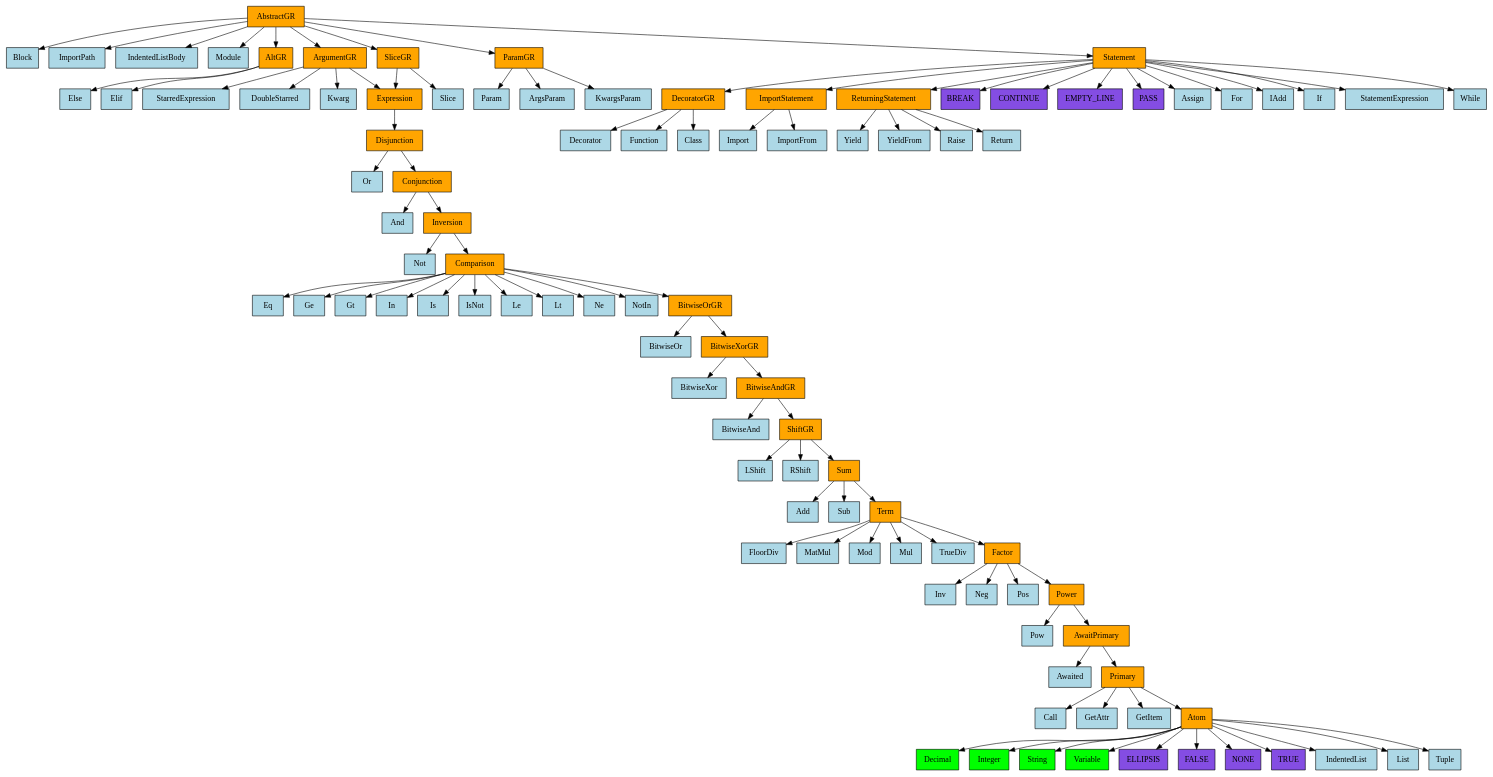
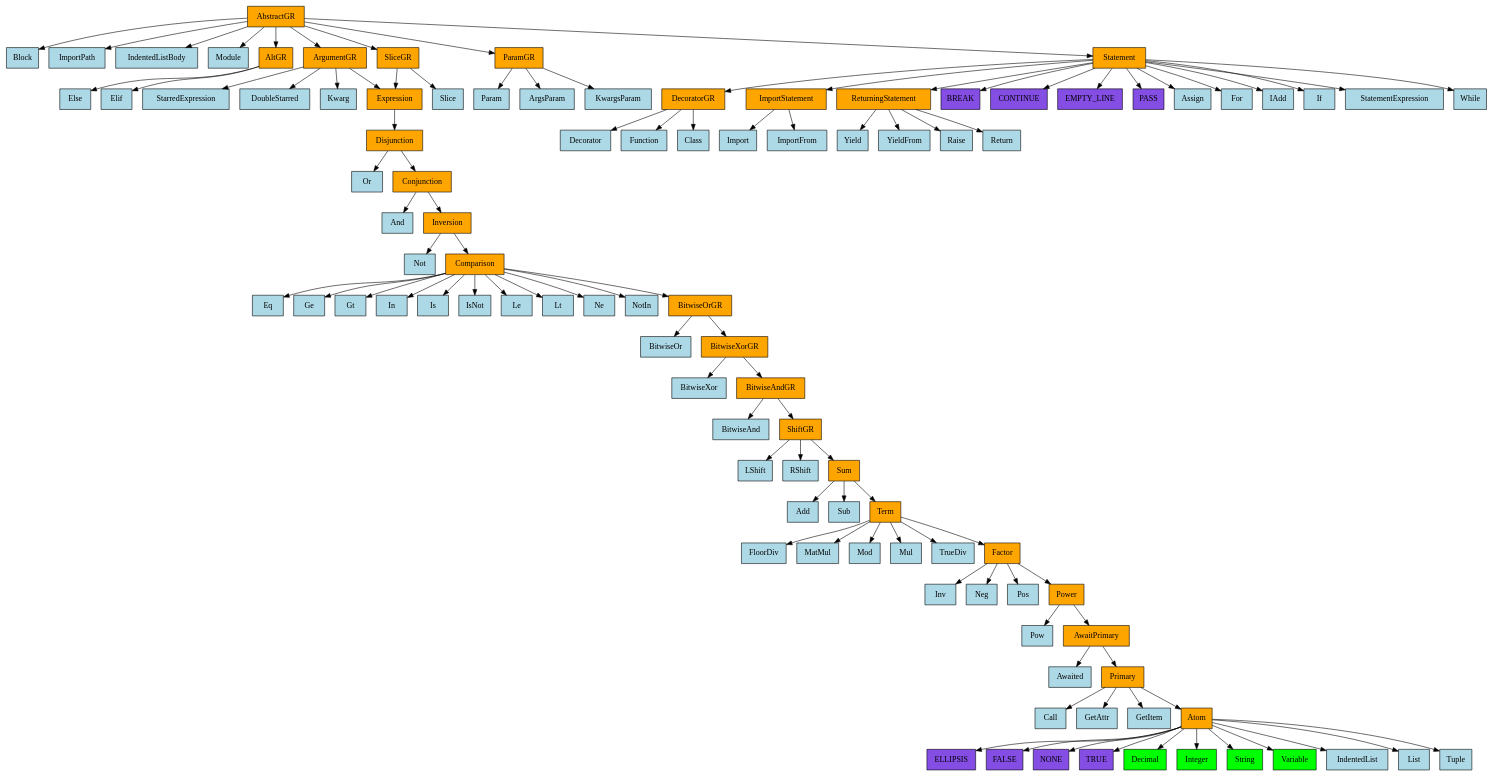
One commit to GabrielAmare/Language changed the diagram in language/base/python/v3_10_0/mro_graph.gv. Above: the diagram before and after it, drawn with Graphviz. The commit also changed 9 other files, not shown here.

```diff
--- a/language/base/python/v3_10_0/mro_graph.gv
+++ b/language/base/python/v3_10_0/mro_graph.gv
@@ -1,204 +1,204 @@
 digraph {
-	0 [label=AbstractGR fillcolor=orange shape=rect style=filled]
-	1 [label=Block fillcolor=lightblue shape=rect style=filled]
-	2 [label=ImportPath fillcolor=lightblue shape=rect style=filled]
-	3 [label=IndentedListBody fillcolor=lightblue shape=rect style=filled]
-	4 [label=Module fillcolor=lightblue shape=rect style=filled]
-	5 [label=AltGR fillcolor=orange shape=rect style=filled]
-	6 [label=ArgumentGR fillcolor=orange shape=rect style=filled]
-	7 [label=ParamGR fillcolor=orange shape=rect style=filled]
-	8 [label=SliceGR fillcolor=orange shape=rect style=filled]
-	9 [label=Statement fillcolor=orange shape=rect style=filled]
-	10 [label=BREAK fillcolor="#844de3" shape=rect style=filled]
-	11 [label=CONTINUE fillcolor="#844de3" shape=rect style=filled]
-	12 [label=EMPTY_LINE fillcolor="#844de3" shape=rect style=filled]
-	13 [label=PASS fillcolor="#844de3" shape=rect style=filled]
-	14 [label=ArgsParam fillcolor=lightblue shape=rect style=filled]
-	15 [label=Assign fillcolor=lightblue shape=rect style=filled]
-	16 [label=DoubleStarred fillcolor=lightblue shape=rect style=filled]
-	17 [label=Elif fillcolor=lightblue shape=rect style=filled]
-	18 [label=Else fillcolor=lightblue shape=rect style=filled]
-	19 [label=For fillcolor=lightblue shape=rect style=filled]
-	20 [label=IAdd fillcolor=lightblue shape=rect style=filled]
-	21 [label=If fillcolor=lightblue shape=rect style=filled]
-	22 [label=Kwarg fillcolor=lightblue shape=rect style=filled]
-	23 [label=KwargsParam fillcolor=lightblue shape=rect style=filled]
-	24 [label=Param fillcolor=lightblue shape=rect style=filled]
-	25 [label=Slice fillcolor=lightblue shape=rect style=filled]
-	26 [label=StarredExpression fillcolor=lightblue shape=rect style=filled]
-	27 [label=StatementExpression fillcolor=lightblue shape=rect style=filled]
-	28 [label=While fillcolor=lightblue shape=rect style=filled]
-	29 [label=DecoratorGR fillcolor=orange shape=rect style=filled]
-	30 [label=Expression fillcolor=orange shape=rect style=filled]
-	31 [label=ImportStatement fillcolor=orange shape=rect style=filled]
-	32 [label=ReturningStatement fillcolor=orange shape=rect style=filled]
-	33 [label=Class fillcolor=lightblue shape=rect style=filled]
-	34 [label=Decorator fillcolor=lightblue shape=rect style=filled]
-	35 [label=Function fillcolor=lightblue shape=rect style=filled]
-	36 [label=Import fillcolor=lightblue shape=rect style=filled]
-	37 [label=ImportFrom fillcolor=lightblue shape=rect style=filled]
-	38 [label=Raise fillcolor=lightblue shape=rect style=filled]
-	39 [label=Return fillcolor=lightblue shape=rect style=filled]
-	40 [label=Yield fillcolor=lightblue shape=rect style=filled]
-	41 [label=YieldFrom fillcolor=lightblue shape=rect style=filled]
-	42 [label=Disjunction fillcolor=orange shape=rect style=filled]
-	43 [label=Or fillcolor=lightblue shape=rect style=filled]
-	44 [label=Conjunction fillcolor=orange shape=rect style=filled]
-	45 [label=And fillcolor=lightblue shape=rect style=filled]
-	46 [label=Inversion fillcolor=orange shape=rect style=filled]
-	47 [label=Not fillcolor=lightblue shape=rect style=filled]
-	48 [label=Comparison fillcolor=orange shape=rect style=filled]
-	49 [label=Eq fillcolor=lightblue shape=rect style=filled]
-	50 [label=Ge fillcolor=lightblue shape=rect style=filled]
-	51 [label=Gt fillcolor=lightblue shape=rect style=filled]
-	52 [label=In fillcolor=lightblue shape=rect style=filled]
-	53 [label=Is fillcolor=lightblue shape=rect style=filled]
-	54 [label=IsNot fillcolor=lightblue shape=rect style=filled]
-	55 [label=Le fillcolor=lightblue shape=rect style=filled]
-	56 [label=Lt fillcolor=lightblue shape=rect style=filled]
-	57 [label=Ne fillcolor=lightblue shape=rect style=filled]
-	58 [label=NotIn fillcolor=lightblue shape=rect style=filled]
-	59 [label=BitwiseOrGR fillcolor=orange shape=rect style=filled]
-	60 [label=BitwiseOr fillcolor=lightblue shape=rect style=filled]
-	61 [label=BitwiseXorGR fillcolor=orange shape=rect style=filled]
-	62 [label=BitwiseXor fillcolor=lightblue shape=rect style=filled]
-	63 [label=BitwiseAndGR fillcolor=orange shape=rect style=filled]
-	64 [label=BitwiseAnd fillcolor=lightblue shape=rect style=filled]
-	65 [label=ShiftGR fillcolor=orange shape=rect style=filled]
-	66 [label=LShift fillcolor=lightblue shape=rect style=filled]
-	67 [label=RShift fillcolor=lightblue shape=rect style=filled]
-	68 [label=Sum fillcolor=orange shape=rect style=filled]
-	69 [label=Add fillcolor=lightblue shape=rect style=filled]
-	70 [label=Sub fillcolor=lightblue shape=rect style=filled]
-	71 [label=Term fillcolor=orange shape=rect style=filled]
-	72 [label=FloorDiv fillcolor=lightblue shape=rect style=filled]
-	73 [label=MatMul fillcolor=lightblue shape=rect style=filled]
-	74 [label=Mod fillcolor=lightblue shape=rect style=filled]
-	75 [label=Mul fillcolor=lightblue shape=rect style=filled]
-	76 [label=TrueDiv fillcolor=lightblue shape=rect style=filled]
-	77 [label=Factor fillcolor=orange shape=rect style=filled]
-	78 [label=Inv fillcolor=lightblue shape=rect style=filled]
-	79 [label=Neg fillcolor=lightblue shape=rect style=filled]
-	80 [label=Pos fillcolor=lightblue shape=rect style=filled]
-	81 [label=Power fillcolor=orange shape=rect style=filled]
-	82 [label=Pow fillcolor=lightblue shape=rect style=filled]
-	83 [label=AwaitPrimary fillcolor=orange shape=rect style=filled]
-	84 [label=Awaited fillcolor=lightblue shape=rect style=filled]
-	85 [label=Primary fillcolor=orange shape=rect style=filled]
-	86 [label=Call fillcolor=lightblue shape=rect style=filled]
-	87 [label=GetAttr fillcolor=lightblue shape=rect style=filled]
-	88 [label=GetItem fillcolor=lightblue shape=rect style=filled]
-	89 [label=Atom fillcolor=orange shape=rect style=filled]
-	90 [label=Decimal fillcolor=lime shape=rect style=filled]
-	91 [label=Integer fillcolor=lime shape=rect style=filled]
-	92 [label=String fillcolor=lime shape=rect style=filled]
-	93 [label=Variable fillcolor=lime shape=rect style=filled]
-	94 [label=ELLIPSIS fillcolor="#844de3" shape=rect style=filled]
-	95 [label=FALSE fillcolor="#844de3" shape=rect style=filled]
-	96 [label=NONE fillcolor="#844de3" shape=rect style=filled]
-	97 [label=TRUE fillcolor="#844de3" shape=rect style=filled]
-	98 [label=IndentedList fillcolor=lightblue shape=rect style=filled]
-	99 [label=List fillcolor=lightblue shape=rect style=filled]
-	100 [label=Tuple fillcolor=lightblue shape=rect style=filled]
-	0 -> 1
-	0 -> 2
-	0 -> 3
-	0 -> 4
-	0 -> 5
-	0 -> 6
-	0 -> 7
-	0 -> 8
-	0 -> 9
-	5 -> 17
-	5 -> 18
-	6 -> 16
-	6 -> 22
-	6 -> 26
-	6 -> 30
-	7 -> 14
-	7 -> 23
-	7 -> 24
-	8 -> 25
-	8 -> 30
-	9 -> 10
-	9 -> 11
-	9 -> 12
-	9 -> 13
-	9 -> 15
-	9 -> 19
-	9 -> 20
-	9 -> 21
-	9 -> 27
-	9 -> 28
-	9 -> 29
-	9 -> 31
-	9 -> 32
-	29 -> 33
-	29 -> 34
-	29 -> 35
-	30 -> 42
-	31 -> 36
-	31 -> 37
-	32 -> 38
-	32 -> 39
-	32 -> 40
-	32 -> 41
-	42 -> 43
-	42 -> 44
-	44 -> 45
-	44 -> 46
-	46 -> 47
-	46 -> 48
-	48 -> 49
-	48 -> 50
-	48 -> 51
-	48 -> 52
-	48 -> 53
-	48 -> 54
-	48 -> 55
-	48 -> 56
-	48 -> 57
-	48 -> 58
-	48 -> 59
-	59 -> 60
-	59 -> 61
-	61 -> 62
-	61 -> 63
-	63 -> 64
-	63 -> 65
-	65 -> 66
-	65 -> 67
-	65 -> 68
-	68 -> 69
-	68 -> 70
-	68 -> 71
-	71 -> 72
-	71 -> 73
-	71 -> 74
-	71 -> 75
-	71 -> 76
-	71 -> 77
-	77 -> 78
-	77 -> 79
-	77 -> 80
-	77 -> 81
-	81 -> 82
-	81 -> 83
-	83 -> 84
-	83 -> 85
-	85 -> 86
-	85 -> 87
-	85 -> 88
-	85 -> 89
-	89 -> 90
-	89 -> 91
-	89 -> 92
-	89 -> 93
-	89 -> 94
-	89 -> 95
-	89 -> 96
-	89 -> 97
-	89 -> 98
-	89 -> 99
-	89 -> 100
+	AbstractGR [label=AbstractGR fillcolor=orange shape=rect style=filled]
+	AbstractGR -> Block
+	AbstractGR -> ImportPath
+	AbstractGR -> IndentedListBody
+	AbstractGR -> Module
+	AbstractGR -> AltGR
+	AbstractGR -> ArgumentGR
+	AbstractGR -> ParamGR
+	AbstractGR -> SliceGR
+	AbstractGR -> Statement
+	Block [label=Block fillcolor=lightblue shape=rect style=filled]
+	ImportPath [label=ImportPath fillcolor=lightblue shape=rect style=filled]
+	IndentedListBody [label=IndentedListBody fillcolor=lightblue shape=rect style=filled]
+	Module [label=Module fillcolor=lightblue shape=rect style=filled]
+	AltGR [label=AltGR fillcolor=orange shape=rect style=filled]
+	AltGR -> Elif
+	AltGR -> Else
+	ArgumentGR [label=ArgumentGR fillcolor=orange shape=rect style=filled]
+	ArgumentGR -> DoubleStarred
+	ArgumentGR -> Kwarg
+	ArgumentGR -> StarredExpression
+	ArgumentGR -> Expression
+	ParamGR [label=ParamGR fillcolor=orange shape=rect style=filled]
+	ParamGR -> ArgsParam
+	ParamGR -> KwargsParam
+	ParamGR -> Param
+	SliceGR [label=SliceGR fillcolor=orange shape=rect style=filled]
+	SliceGR -> Slice
+	SliceGR -> Expression
+	Statement [label=Statement fillcolor=orange shape=rect style=filled]
+	Statement -> _Break
+	Statement -> _Continue
+	Statement -> _EmptyLine
+	Statement -> _Pass
+	Statement -> Assign
+	Statement -> For
+	Statement -> IAdd
+	Statement -> If
+	Statement -> StatementExpression
+	Statement -> While
+	Statement -> DecoratorGR
+	Statement -> ImportStatement
+	Statement -> ReturningStatement
+	_Break [label=BREAK fillcolor="#844de3" shape=rect style=filled]
+	_Continue [label=CONTINUE fillcolor="#844de3" shape=rect style=filled]
+	_EmptyLine [label=EMPTY_LINE fillcolor="#844de3" shape=rect style=filled]
+	_Pass [label=PASS fillcolor="#844de3" shape=rect style=filled]
+	ArgsParam [label=ArgsParam fillcolor=lightblue shape=rect style=filled]
+	Assign [label=Assign fillcolor=lightblue shape=rect style=filled]
+	DoubleStarred [label=DoubleStarred fillcolor=lightblue shape=rect style=filled]
+	Elif [label=Elif fillcolor=lightblue shape=rect style=filled]
+	Else [label=Else fillcolor=lightblue shape=rect style=filled]
+	For [label=For fillcolor=lightblue shape=rect style=filled]
+	IAdd [label=IAdd fillcolor=lightblue shape=rect style=filled]
+	If [label=If fillcolor=lightblue shape=rect style=filled]
+	Kwarg [label=Kwarg fillcolor=lightblue shape=rect style=filled]
+	KwargsParam [label=KwargsParam fillcolor=lightblue shape=rect style=filled]
+	Param [label=Param fillcolor=lightblue shape=rect style=filled]
+	Slice [label=Slice fillcolor=lightblue shape=rect style=filled]
+	StarredExpression [label=StarredExpression fillcolor=lightblue shape=rect style=filled]
+	StatementExpression [label=StatementExpression fillcolor=lightblue shape=rect style=filled]
+	While [label=While fillcolor=lightblue shape=rect style=filled]
+	DecoratorGR [label=DecoratorGR fillcolor=orange shape=rect style=filled]
+	DecoratorGR -> Class
+	DecoratorGR -> Decorator
+	DecoratorGR -> Function
+	Expression [label=Expression fillcolor=orange shape=rect style=filled]
+	Expression -> Disjunction
+	ImportStatement [label=ImportStatement fillcolor=orange shape=rect style=filled]
+	ImportStatement -> Import
+	ImportStatement -> ImportFrom
+	ReturningStatement [label=ReturningStatement fillcolor=orange shape=rect style=filled]
+	ReturningStatement -> Raise
+	ReturningStatement -> Return
+	ReturningStatement -> Yield
+	ReturningStatement -> YieldFrom
+	Class [label=Class fillcolor=lightblue shape=rect style=filled]
+	Decorator [label=Decorator fillcolor=lightblue shape=rect style=filled]
+	Function [label=Function fillcolor=lightblue shape=rect style=filled]
+	Import [label=Import fillcolor=lightblue shape=rect style=filled]
+	ImportFrom [label=ImportFrom fillcolor=lightblue shape=rect style=filled]
+	Raise [label=Raise fillcolor=lightblue shape=rect style=filled]
+	Return [label=Return fillcolor=lightblue shape=rect style=filled]
+	Yield [label=Yield fillcolor=lightblue shape=rect style=filled]
+	YieldFrom [label=YieldFrom fillcolor=lightblue shape=rect style=filled]
+	Disjunction [label=Disjunction fillcolor=orange shape=rect style=filled]
+	Disjunction -> Or
+	Disjunction -> Conjunction
+	Or [label=Or fillcolor=lightblue shape=rect style=filled]
+	Conjunction [label=Conjunction fillcolor=orange shape=rect style=filled]
+	Conjunction -> And
+	Conjunction -> Inversion
+	And [label=And fillcolor=lightblue shape=rect style=filled]
+	Inversion [label=Inversion fillcolor=orange shape=rect style=filled]
+	Inversion -> Not
+	Inversion -> Comparison
+	Not [label=Not fillcolor=lightblue shape=rect style=filled]
+	Comparison [label=Comparison fillcolor=orange shape=rect style=filled]
+	Comparison -> Eq
+	Comparison -> Ge
+	Comparison -> Gt
+	Comparison -> In
+	Comparison -> Is
+	Comparison -> IsNot
+	Comparison -> Le
+	Comparison -> Lt
+	Comparison -> Ne
+	Comparison -> NotIn
+	Comparison -> BitwiseOrGR
+	Eq [label=Eq fillcolor=lightblue shape=rect style=filled]
+	Ge [label=Ge fillcolor=lightblue shape=rect style=filled]
+	Gt [label=Gt fillcolor=lightblue shape=rect style=filled]
+	In [label=In fillcolor=lightblue shape=rect style=filled]
+	Is [label=Is fillcolor=lightblue shape=rect style=filled]
+	IsNot [label=IsNot fillcolor=lightblue shape=rect style=filled]
+	Le [label=Le fillcolor=lightblue shape=rect style=filled]
+	Lt [label=Lt fillcolor=lightblue shape=rect style=filled]
+	Ne [label=Ne fillcolor=lightblue shape=rect style=filled]
+	NotIn [label=NotIn fillcolor=lightblue shape=rect style=filled]
+	BitwiseOrGR [label=BitwiseOrGR fillcolor=orange shape=rect style=filled]
+	BitwiseOrGR -> BitwiseOr
+	BitwiseOrGR -> BitwiseXorGR
+	BitwiseOr [label=BitwiseOr fillcolor=lightblue shape=rect style=filled]
+	BitwiseXorGR [label=BitwiseXorGR fillcolor=orange shape=rect style=filled]
+	BitwiseXorGR -> BitwiseXor
+	BitwiseXorGR -> BitwiseAndGR
+	BitwiseXor [label=BitwiseXor fillcolor=lightblue shape=rect style=filled]
+	BitwiseAndGR [label=BitwiseAndGR fillcolor=orange shape=rect style=filled]
+	BitwiseAndGR -> BitwiseAnd
+	BitwiseAndGR -> ShiftGR
+	BitwiseAnd [label=BitwiseAnd fillcolor=lightblue shape=rect style=filled]
+	ShiftGR [label=ShiftGR fillcolor=orange shape=rect style=filled]
+	ShiftGR -> LShift
+	ShiftGR -> RShift
+	ShiftGR -> Sum
+	LShift [label=LShift fillcolor=lightblue shape=rect style=filled]
+	RShift [label=RShift fillcolor=lightblue shape=rect style=filled]
+	Sum [label=Sum fillcolor=orange shape=rect style=filled]
+	Sum -> Add
+	Sum -> Sub
+	Sum -> Term
+	Add [label=Add fillcolor=lightblue shape=rect style=filled]
+	Sub [label=Sub fillcolor=lightblue shape=rect style=filled]
+	Term [label=Term fillcolor=orange shape=rect style=filled]
+	Term -> FloorDiv
+	Term -> MatMul
+	Term -> Mod
+	Term -> Mul
+	Term -> TrueDiv
+	Term -> Factor
+	FloorDiv [label=FloorDiv fillcolor=lightblue shape=rect style=filled]
+	MatMul [label=MatMul fillcolor=lightblue shape=rect style=filled]
+	Mod [label=Mod fillcolor=lightblue shape=rect style=filled]
+	Mul [label=Mul fillcolor=lightblue shape=rect style=filled]
+	TrueDiv [label=TrueDiv fillcolor=lightblue shape=rect style=filled]
+	Factor [label=Factor fillcolor=orange shape=rect style=filled]
+	Factor -> Inv
+	Factor -> Neg
+	Factor -> Pos
+	Factor -> Power
+	Inv [label=Inv fillcolor=lightblue shape=rect style=filled]
+	Neg [label=Neg fillcolor=lightblue shape=rect style=filled]
+	Pos [label=Pos fillcolor=lightblue shape=rect style=filled]
+	Power [label=Power fillcolor=orange shape=rect style=filled]
+	Power -> Pow
+	Power -> AwaitPrimary
+	Pow [label=Pow fillcolor=lightblue shape=rect style=filled]
+	AwaitPrimary [label=AwaitPrimary fillcolor=orange shape=rect style=filled]
+	AwaitPrimary -> Awaited
+	AwaitPrimary -> Primary
+	Awaited [label=Awaited fillcolor=lightblue shape=rect style=filled]
+	Primary [label=Primary fillcolor=orange shape=rect style=filled]
+	Primary -> Call
+	Primary -> GetAttr
+	Primary -> GetItem
+	Primary -> Atom
+	Call [label=Call fillcolor=lightblue shape=rect style=filled]
+	GetAttr [label=GetAttr fillcolor=lightblue shape=rect style=filled]
+	GetItem [label=GetItem fillcolor=lightblue shape=rect style=filled]
+	Atom [label=Atom fillcolor=orange shape=rect style=filled]
+	Atom -> _Ellipsis
+	Atom -> _False
+	Atom -> _None
+	Atom -> _True
+	Atom -> Decimal
+	Atom -> Integer
+	Atom -> String
+	Atom -> Variable
+	Atom -> IndentedList
+	Atom -> List
+	Atom -> Tuple
+	_Ellipsis [label=ELLIPSIS fillcolor="#844de3" shape=rect style=filled]
+	_False [label=FALSE fillcolor="#844de3" shape=rect style=filled]
+	_None [label=NONE fillcolor="#844de3" shape=rect style=filled]
+	_True [label=TRUE fillcolor="#844de3" shape=rect style=filled]
+	Decimal [label=Decimal fillcolor=lime shape=rect style=filled]
+	Integer [label=Integer fillcolor=lime shape=rect style=filled]
+	String [label=String fillcolor=lime shape=rect style=filled]
+	Variable [label=Variable fillcolor=lime shape=rect style=filled]
+	IndentedList [label=IndentedList fillcolor=lightblue shape=rect style=filled]
+	List [label=List fillcolor=lightblue shape=rect style=filled]
+	Tuple [label=Tuple fillcolor=lightblue shape=rect style=filled]
 }
```
